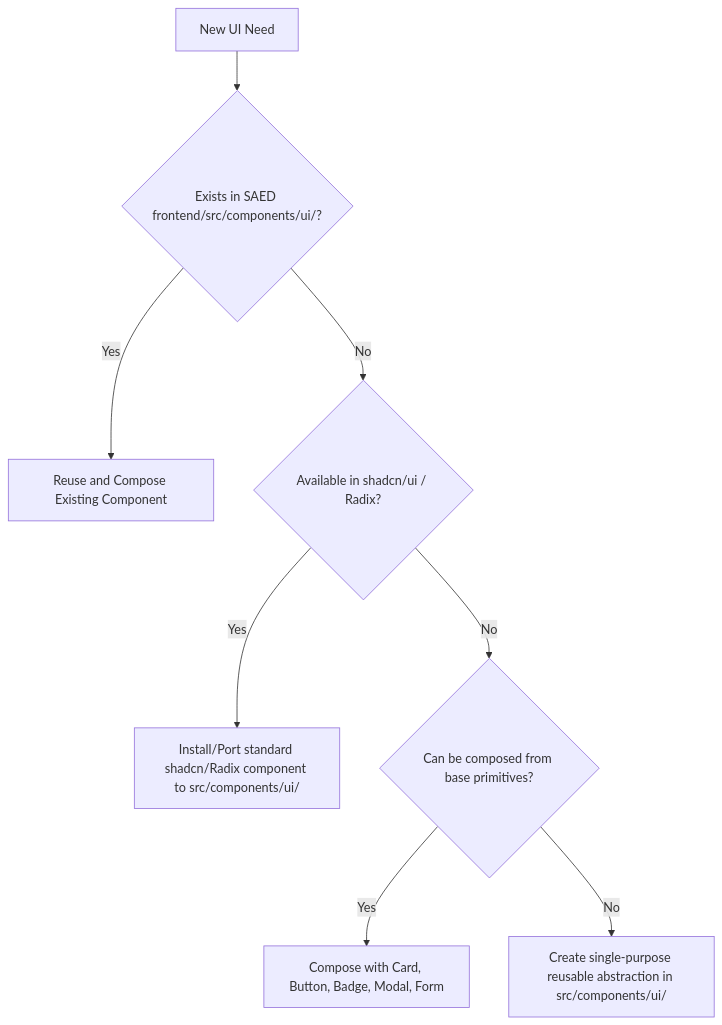
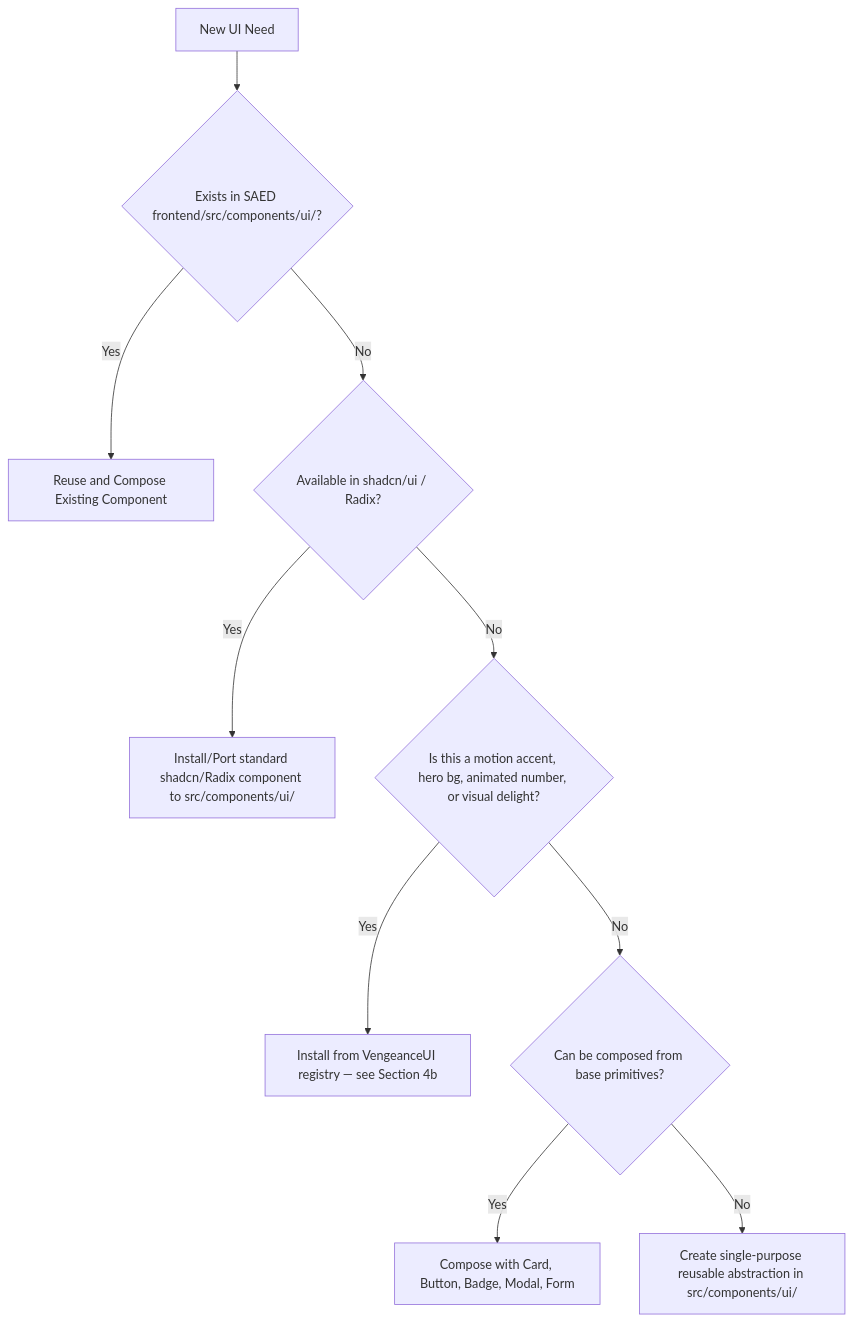
Before and after one commit to Sebasr0311/SAED: the diagram in .agents/skills/saed-frontend-design/SKILL.md, drawn with Mermaid. The commit also changed other lines of this file and 17 other files, not shown here.

````diff
--- a/.agents/skills/saed-frontend-design/SKILL.md
+++ b/.agents/skills/saed-frontend-design/SKILL.md
@@ -78,10 +80,12 @@
 ```mermaid
 flowchart TD
     A[New UI Need] --> B{Exists in SAED frontend/src/components/ui/?}
     B -- Yes --> C[Reuse and Compose Existing Component]
     B -- No --> D{Available in shadcn/ui / Radix?}
     D -- Yes --> E[Install/Port standard shadcn/Radix component to src/components/ui/]
-    D -- No --> F{Can be composed from base primitives?}
+    D -- No --> V{Is this a motion accent, hero bg, animated number, or visual delight?}
+    V -- Yes --> VU[Install from VengeanceUI registry — see Section 4b]
+    V -- No --> F{Can be composed from base primitives?}
     F -- Yes --> G[Compose with Card, Button, Badge, Modal, Form]
     F -- No --> H[Create single-purpose reusable abstraction in src/components/ui/]
 ```
````
